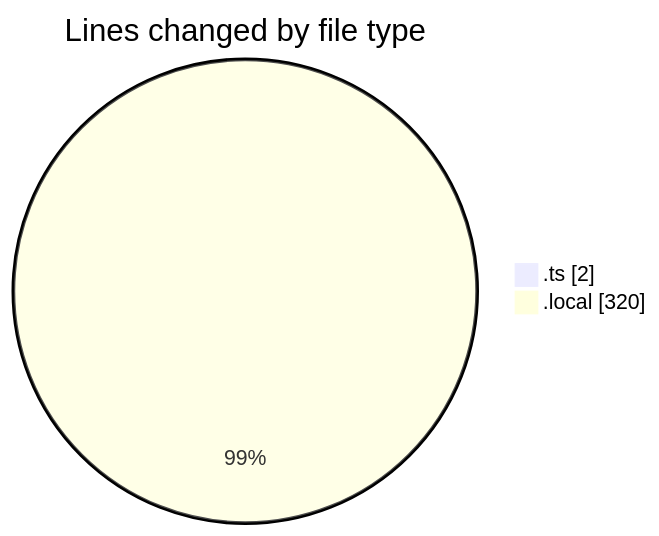
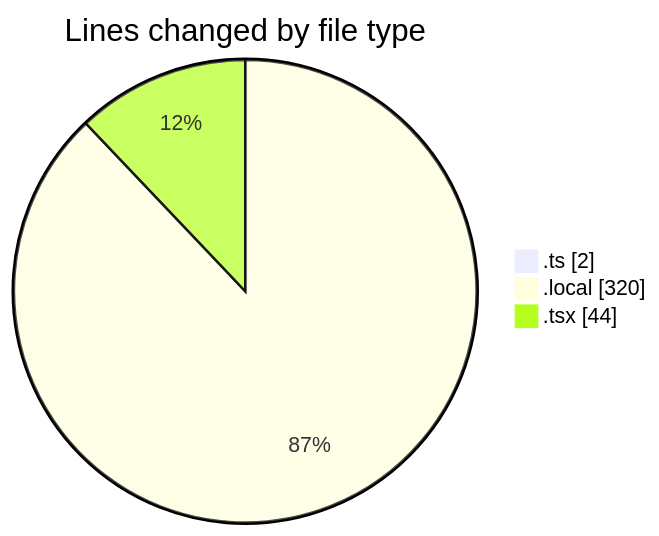
One commit to FixMe24/code-tracking changed the first of 2 diagrams in 2025-05-20/fixme24/README.md. Above: the diagram before and after it, drawn with Mermaid. The commit also changed other lines of this file and 1 other file, not shown here.

````diff
--- a/2025-05-20/fixme24/README.md
+++ b/2025-05-20/fixme24/README.md
@@ -22,6 +23,7 @@
 ```mermaid
 pie showData
 title Lines changed by file type
 ".ts" : 2
 ".local" : 320
+".tsx" : 44
 ```
````
